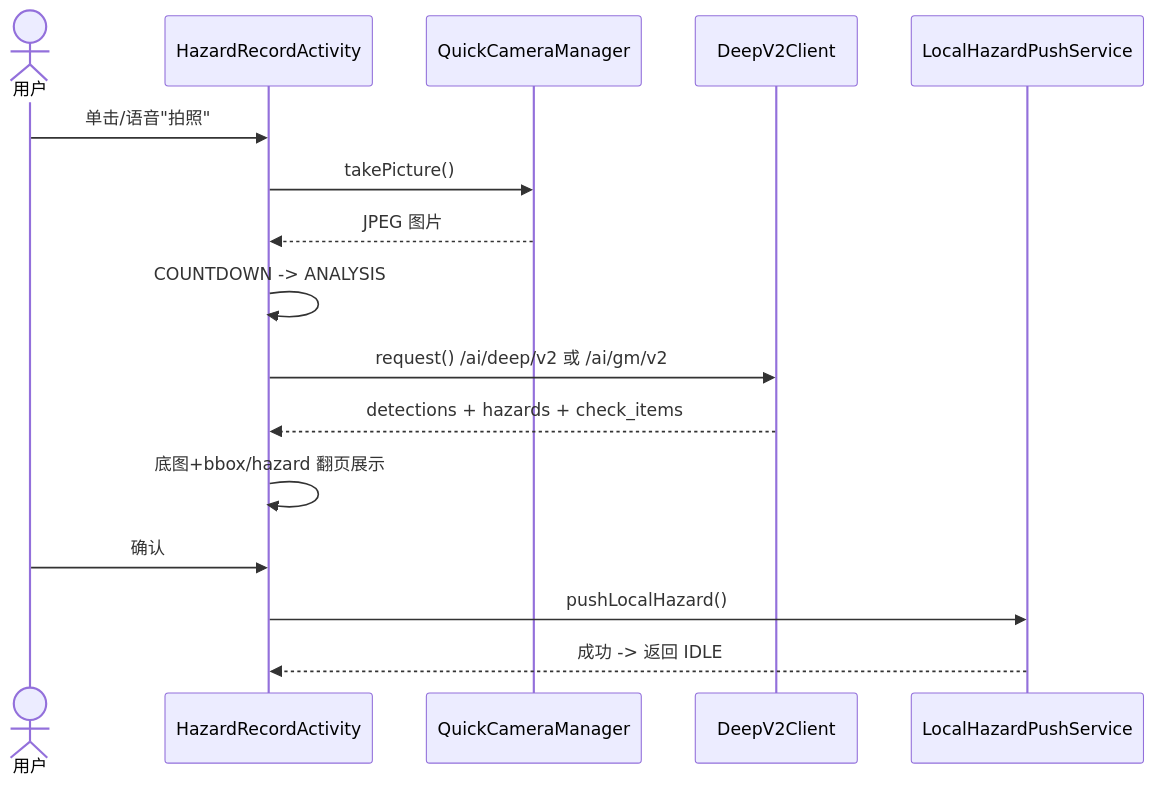
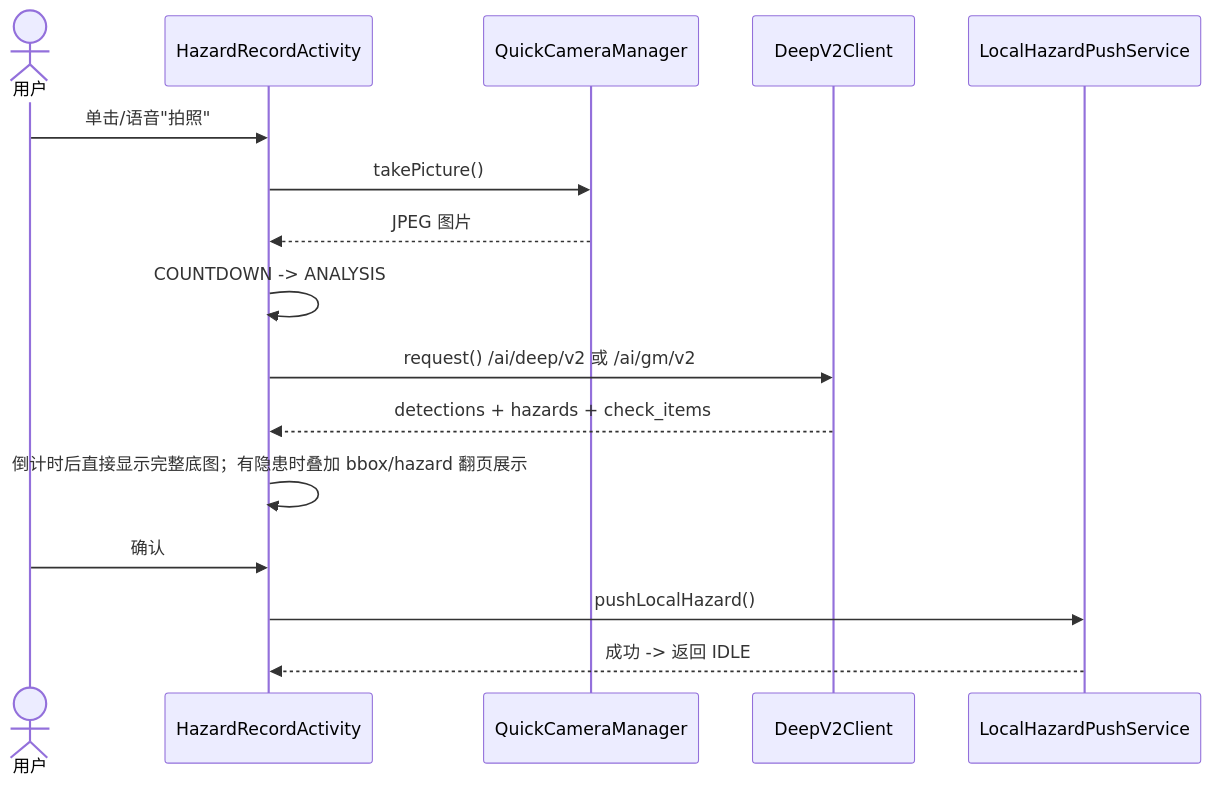
Before and after one commit to WuChaoli/HiddenRiskGlass: the seventh of 9 diagrams in docs/CODEMAPS.md, drawn with Mermaid. The commit also changed other lines of this file and 10 other files, not shown here.

Commit message:
优化：统一V2完整图与结果动画时序

````diff
--- a/docs/CODEMAPS.md
+++ b/docs/CODEMAPS.md
@@ -277,19 +277,19 @@
 ```mermaid
 sequenceDiagram
     actor User as 用户
     participant HR as HazardRecordActivity
     participant Camera as QuickCameraManager
     participant V2 as DeepV2Client
     participant Push as LocalHazardPushService
 
     User->>HR: 单击/语音"拍照"
     HR->>Camera: takePicture()
     Camera-->>HR: JPEG 图片
     HR->>HR: COUNTDOWN -> ANALYSIS
     HR->>V2: request() /ai/deep/v2 或 /ai/gm/v2
     V2-->>HR: detections + hazards + check_items
-    HR->>HR: 底图+bbox/hazard 翻页展示
+    HR->>HR: 倒计时后直接显示完整底图；有隐患时叠加 bbox/hazard 翻页展示
     User->>HR: 确认
     HR->>Push: pushLocalHazard()
     Push-->>HR: 成功 -> 返回 IDLE
 ```
````
